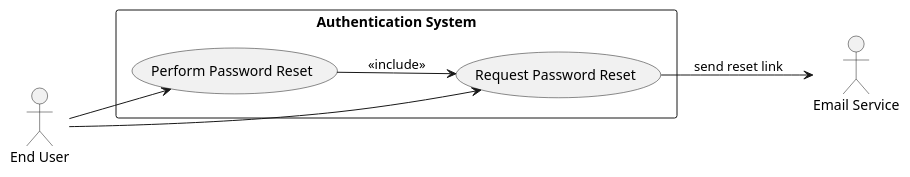
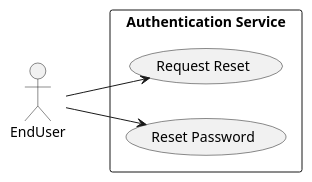
One commit to Bimmi-kumari-singh/Agent-testing changed the third of 7 diagrams in .propel/context/docs/spec.md. Above: the diagram before and after it, drawn with PlantUML. The commit also changed other lines of this file, not shown here.

````diff
--- a/.propel/context/docs/spec.md
+++ b/.propel/context/docs/spec.md
@@ -331,19 +321,15 @@
 ```plantuml
 @startuml
 left to right direction
 skinparam packageStyle rectangle
 
-actor "End User" as User
-actor "Email Service" as Email
-
-rectangle "Authentication System" {
-  usecase (Request Password Reset) as UC3
-  usecase (Perform Password Reset) as UC3b
+actor EndUser
+rectangle "Authentication Service" {
+  usecase (Request Reset) as UC_R1
+  usecase (Reset Password) as UC_R2
 }
 
-User --> UC3
-UC3 --> Email : send reset link
-User --> UC3b
-UC3b --> UC3 : <<include>>
+EndUser --> UC_R1
+EndUser --> UC_R2
 @enduml
 ```
````
